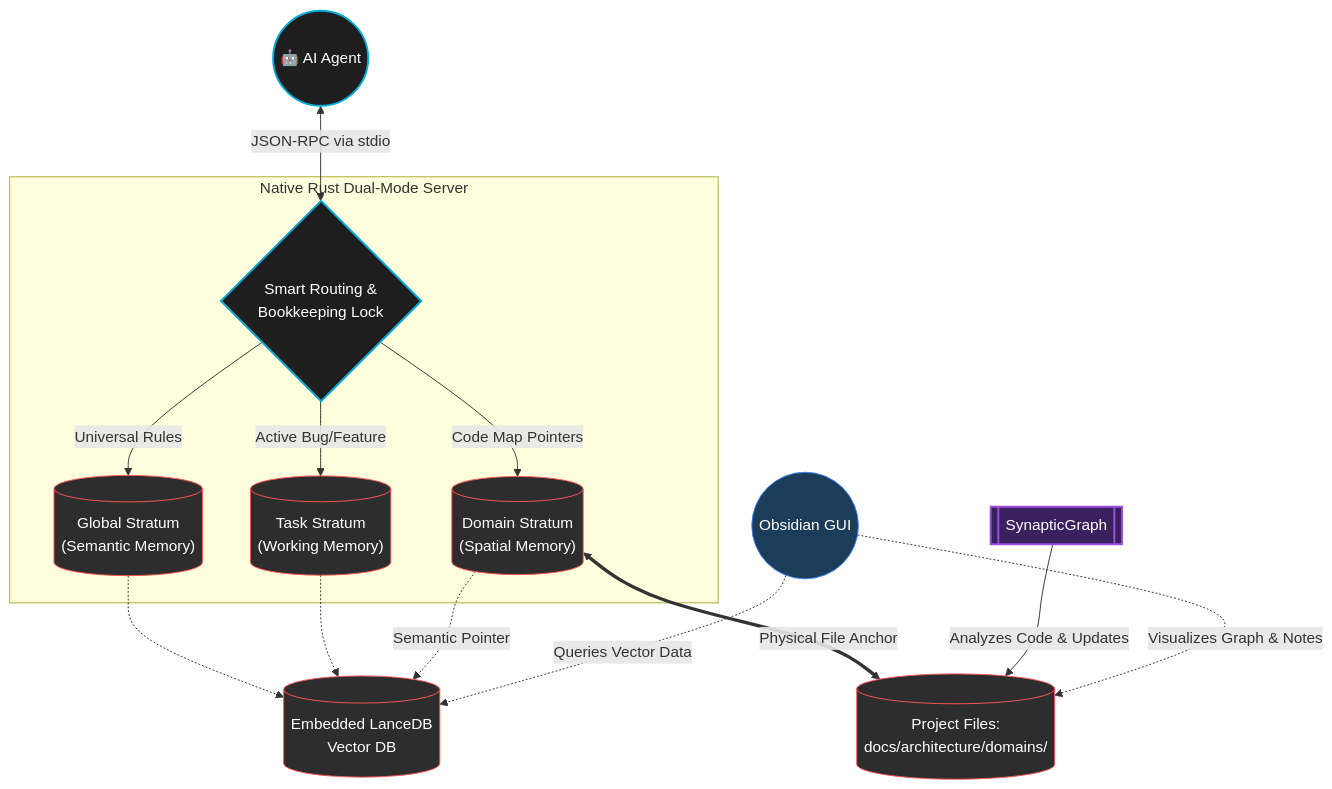
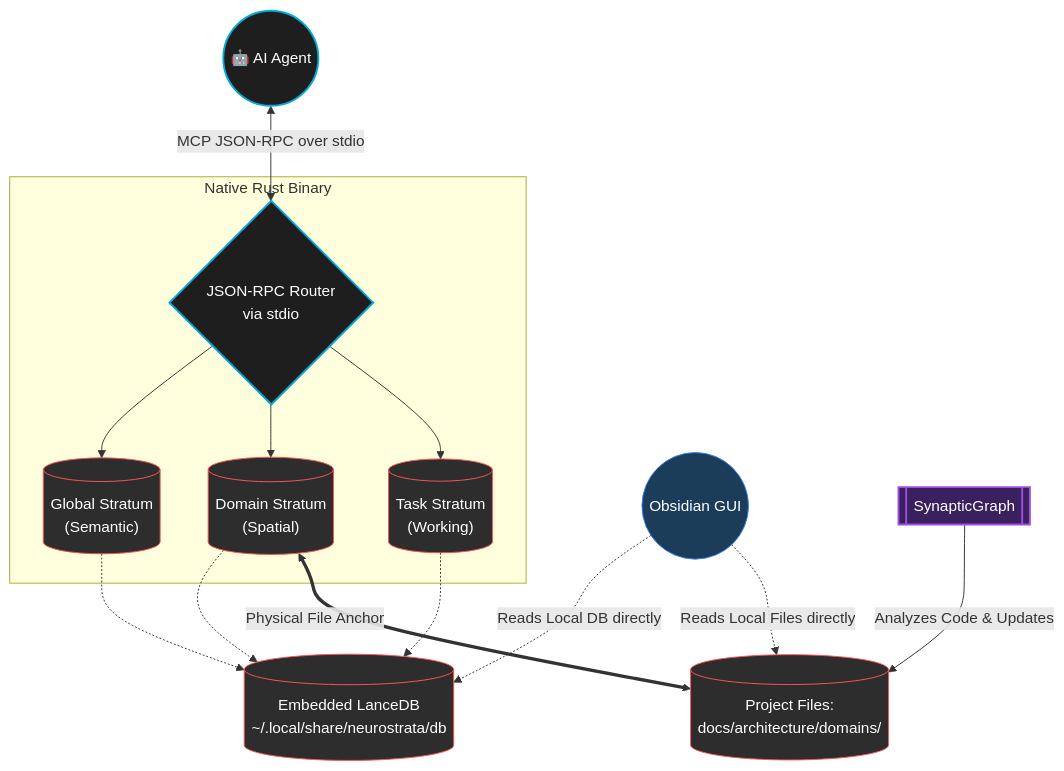
One commit to Cognilogical/NeuroStrata changed the diagram in README.md. Above: the diagram before and after it, drawn with Mermaid. The commit also changed other lines of this file, not shown here.

Commit message:
docs: Completely rewrite README to remove network hallucinations and clarify Tri-Strata model

````diff
--- a/README.md
+++ b/README.md
@@ -68,42 +68,42 @@
 ```mermaid
 graph TD
     Agent((🤖 AI Agent))
     
-    subgraph NeuroStrataServer [Native Rust Dual-Mode Server]
-        Router{Smart Routing &<br/>Bookkeeping Lock}
+    subgraph NeuroStrata MCP Server [Native Rust Binary]
+        Router{JSON-RPC Router<br/>via stdio}
         
-        Tier1[("Global Stratum<br/>(Semantic Memory)")]
-        Tier2[("Domain Stratum<br/>(Spatial Memory)")]
-        Tier3[("Task Stratum<br/>(Working Memory)")]
+        Tier1[("Global Stratum<br/>(Semantic)")]
+        Tier2[("Domain Stratum<br/>(Spatial)")]
+        Tier3[("Task Stratum<br/>(Working)")]
     end
     
-    LanceDB[(Embedded LanceDB<br/>Vector DB)]
+    LanceDB[(Embedded LanceDB<br/>~/.local/share/neurostrata/db)]
     PointerWiki[(Project Files:<br/>docs/architecture/domains/)]
     Obsidian((Obsidian GUI))
     SynapticGraph[[SynapticGraph]]
     
-    Agent <-->|JSON-RPC via stdio| Router
-    Router -->|Universal Rules| Tier1
-    Router -->|Code Map Pointers| Tier2
-    Router -->|Active Bug/Feature| Tier3
+    Agent <-->|MCP JSON-RPC over stdio| Router
+    Router --> Tier1
+    Router --> Tier2
+    Router --> Tier3
     
     Tier1 -.-> LanceDB
+    Tier2 -.-> LanceDB
     Tier3 -.-> LanceDB
-    Tier2 -.->|Semantic Pointer| LanceDB
+    
     Tier2 <==>|Physical File Anchor| PointerWiki
-    
     SynapticGraph -->|Analyzes Code & Updates| PointerWiki
     
-    Obsidian -.->|Visualizes Graph & Notes| PointerWiki
-    Obsidian -.->|Queries Vector Data| LanceDB
+    Obsidian -.->|Reads Local DB directly| LanceDB
+    Obsidian -.->|Reads Local Files directly| PointerWiki
 
     classDef core fill:#1e1e1e,stroke:#00ADD8,stroke-width:2px,color:#fff;
     classDef memory fill:#2d2d2d,stroke:#ff5555,stroke-width:1px,color:#fff;
     classDef engine fill:#3a205e,stroke:#9d4edd,stroke-width:2px,color:#fff;
     classDef tool fill:#1c3d5a,stroke:#3b82f6,stroke-width:1px,color:#fff;
     
     class Agent,Router core;
     class Tier1,Tier2,Tier3,LanceDB,PointerWiki memory;
     class SynapticGraph engine;
     class Obsidian tool;
 ```
````
